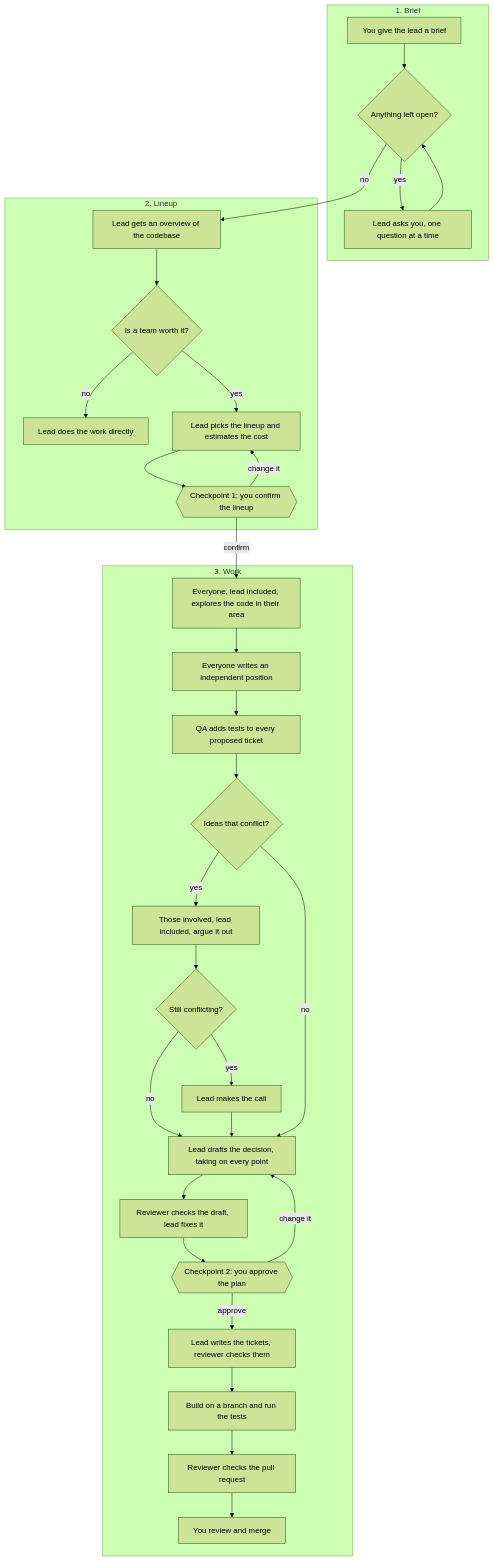
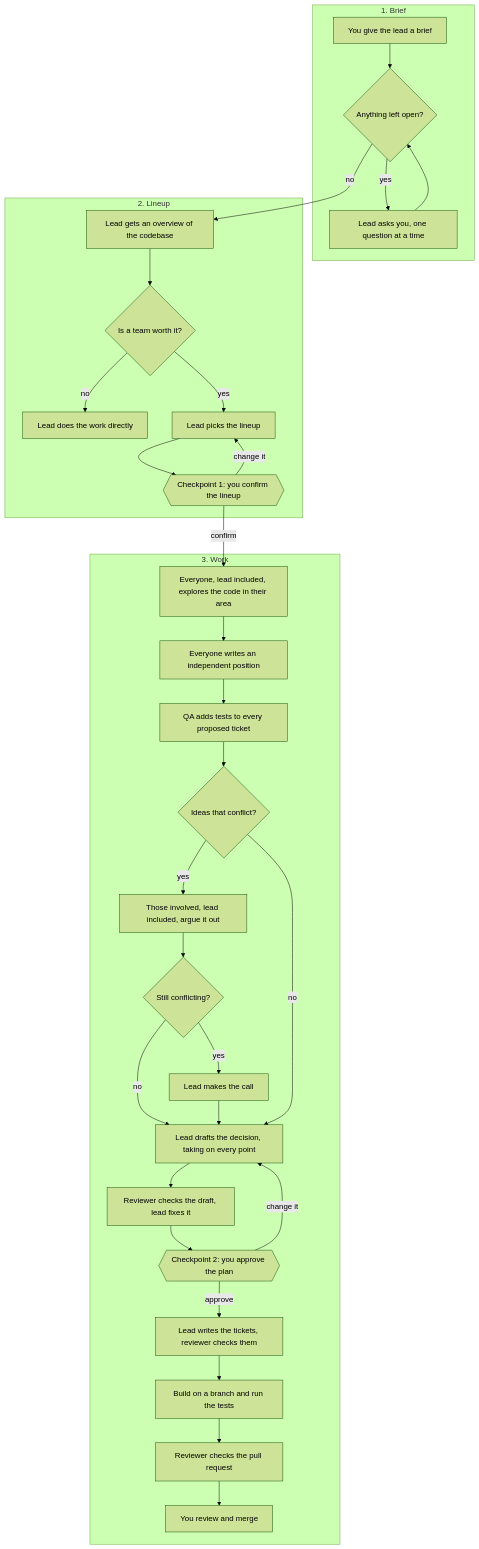
Before and after one commit to SamNewhouse/engineering-team: the diagram in README.md, drawn with Mermaid (forest theme). The commit also changed other lines of this file and 5 other files, not shown here.

Commit message:
docs: let the lead choose the lineup, drop the developer rep, odd rule and token estimate

````diff
--- a/README.md
+++ b/README.md
@@ -13,38 +13,38 @@
 ```mermaid
 flowchart TD
     subgraph P1["1. Brief"]
         A["You give the lead a brief"] --> B{"Anything left open?"}
         B -- "yes" --> C["Lead asks you, one question at a time"]
         C --> B
     end
 
     subgraph P2["2. Lineup"]
         D["Lead gets an overview of the codebase"] --> E{"Is a team worth it?"}
         E -- "no" --> F["Lead does the work directly"]
-        E -- "yes" --> G["Lead picks the lineup and estimates the cost"]
+        E -- "yes" --> G["Lead picks the lineup"]
         G --> H{{"Checkpoint 1: you confirm the lineup"}}
         H -- "change it" --> G
     end
 
     subgraph P3["3. Work"]
         I["Everyone, lead included, explores the code in their area"] --> I2["Everyone writes an independent position"]
         I2 --> J["QA adds tests to every proposed ticket"]
         J --> K{"Ideas that conflict?"}
         K -- "yes" --> L["Those involved, lead included, argue it out"]
         L --> L2{"Still conflicting?"}
         L2 -- "yes" --> L3["Lead makes the call"]
         L2 -- "no" --> M
         L3 --> M["Lead drafts the decision, taking on every point"]
         K -- "no" --> M
         M --> N["Reviewer checks the draft, lead fixes it"]
         N --> O{{"Checkpoint 2: you approve the plan"}}
         O -- "change it" --> M
         O -- "approve" --> Q["Lead writes the tickets, reviewer checks them"]
         Q --> R["Build on a branch and run the tests"]
         R --> S["Reviewer checks the pull request"]
         S --> T["You review and merge"]
     end
 
     B -- "no" --> D
     H -- "confirm" --> I
 ```
````
